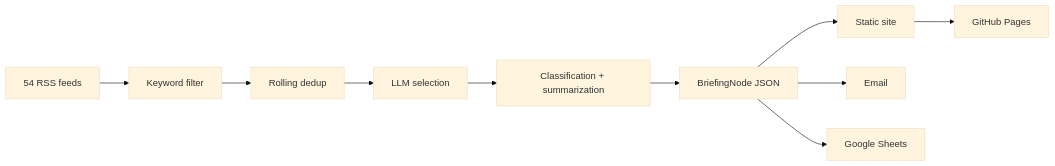
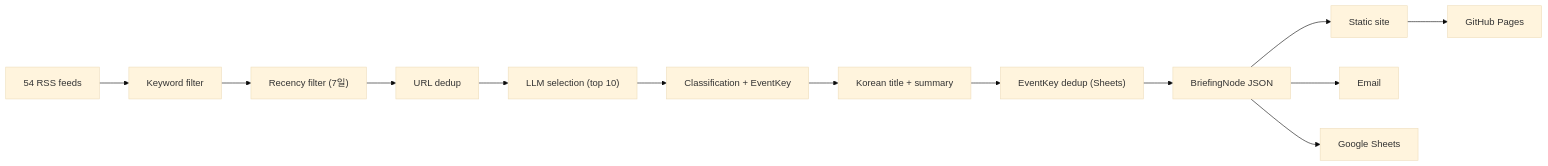
Before and after one commit to lowtidebuild/legal-briefing: the diagram in README.md, drawn with Mermaid (base theme). The commit also changed other lines of this file, not shown here.

````diff
--- a/README.md
+++ b/README.md
@@ -56,12 +150,15 @@
 ```mermaid
 flowchart LR
     A["54 RSS feeds"] --> B["Keyword filter"]
-    B --> C["Rolling dedup"]
-    C --> D["LLM selection"]
-    D --> E["Classification + summarization"]
-    E --> F["BriefingNode JSON"]
-    F --> G["Static site"]
-    F --> H["Email"]
-    F --> I["Google Sheets"]
-    G --> J["GitHub Pages"]
+    B --> B2["Recency filter (7일)"]
+    B2 --> C["URL dedup"]
+    C --> D["LLM selection (top 10)"]
+    D --> E["Classification + EventKey"]
+    E --> F["Korean title + summary"]
+    F --> G["EventKey dedup (Sheets)"]
+    G --> H["BriefingNode JSON"]
+    H --> I["Static site"]
+    H --> J["Email"]
+    H --> K["Google Sheets"]
+    I --> L["GitHub Pages"]
 ```
````
